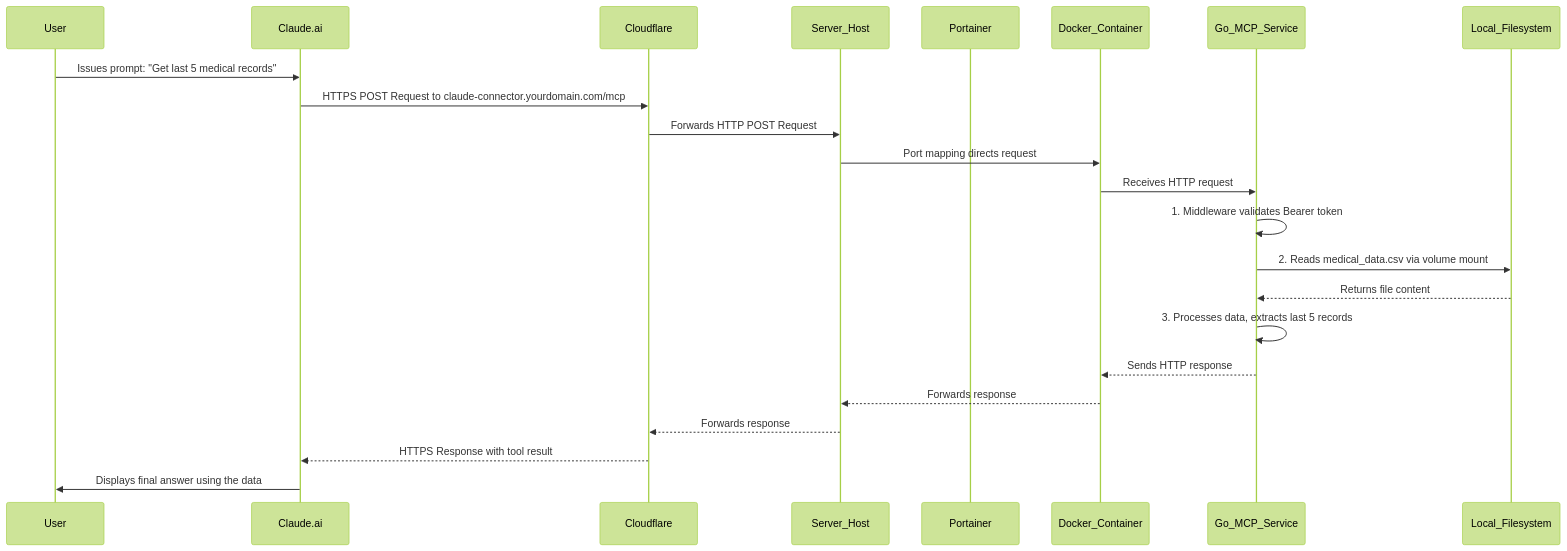
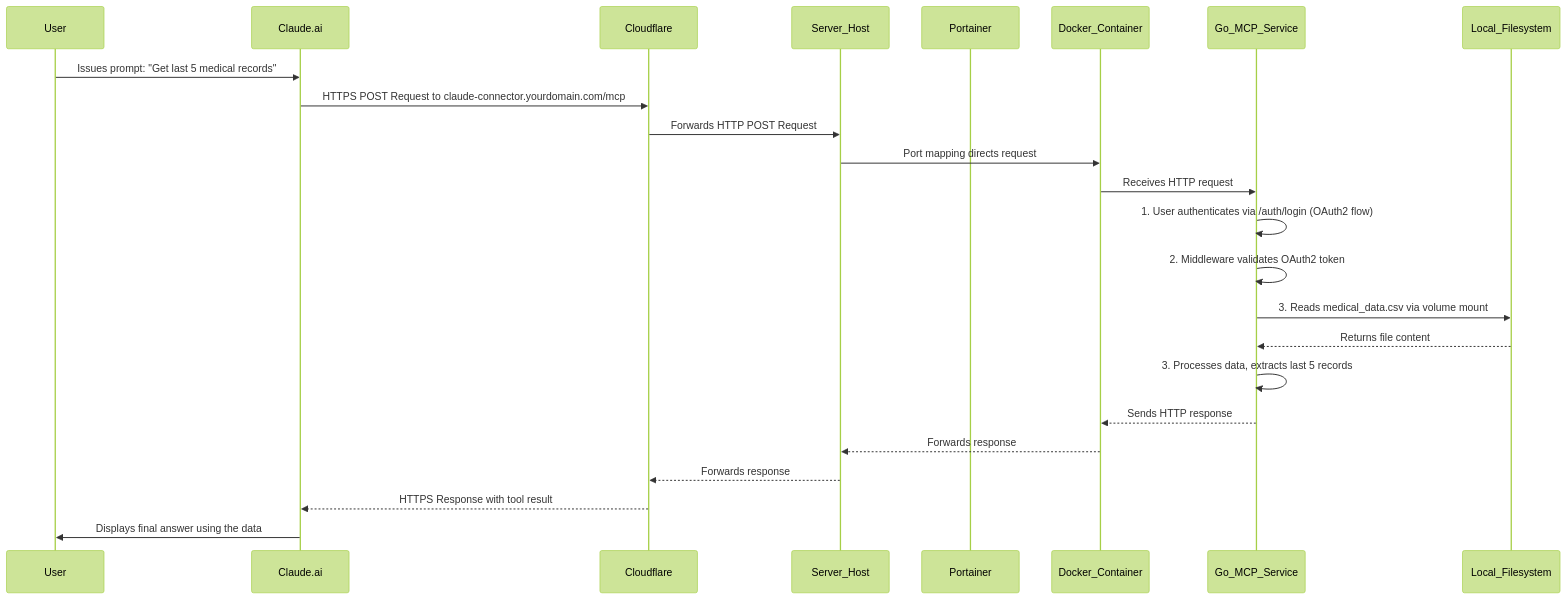
Before and after one commit to korjavin/claude_connector: the diagram in architecture.md, drawn with Mermaid (forest theme). The commit also changed other lines of this file and 8 other files, not shown here.

````diff
--- a/architecture.md
+++ b/architecture.md
@@ -11,26 +11,27 @@
 ```mermaid
 sequenceDiagram
     participant User
     participant Claude.ai
     participant Cloudflare
     participant Server_Host
     participant Portainer
     participant Docker_Container
     participant Go_MCP_Service
     participant Local_Filesystem
 
     User->>Claude.ai: Issues prompt: "Get last 5 medical records"
     Claude.ai->>Cloudflare: HTTPS POST Request to claude-connector.yourdomain.com/mcp
     Cloudflare->>Server_Host: Forwards HTTP POST Request
     Server_Host->>Docker_Container: Port mapping directs request
     Docker_Container->>Go_MCP_Service: Receives HTTP request
-    Go_MCP_Service->>Go_MCP_Service: 1. Middleware validates Bearer token
-    Go_MCP_Service->>Local_Filesystem: 2. Reads medical_data.csv via volume mount
+    Go_MCP_Service->>Go_MCP_Service: 1. User authenticates via /auth/login (OAuth2 flow)
+    Go_MCP_Service->>Go_MCP_Service: 2. Middleware validates OAuth2 token
+    Go_MCP_Service->>Local_Filesystem: 3. Reads medical_data.csv via volume mount
     Local_Filesystem-->>Go_MCP_Service: Returns file content
     Go_MCP_Service->>Go_MCP_Service: 3. Processes data, extracts last 5 records
     Go_MCP_Service-->>Docker_Container: Sends HTTP response
     Docker_Container-->>Server_Host: Forwards response
     Server_Host-->>Cloudflare: Forwards response
     Cloudflare-->>Claude.ai: HTTPS Response with tool result
     Claude.ai->>User: Displays final answer using the data
 ```
````
